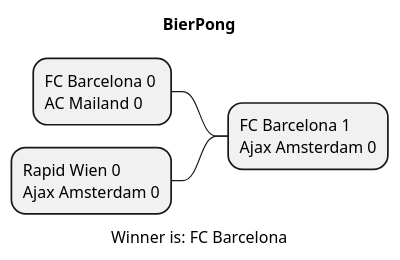
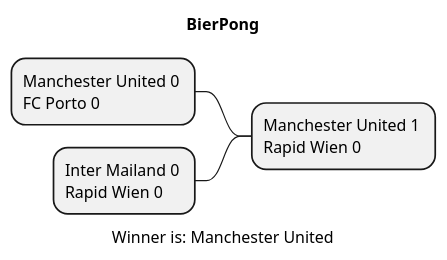
Before and after one commit to htl-leonding-project/2022-4ahif-autohaus: the diagram in asciidocs/plantuml/Result.puml, drawn with PlantUML. The commit also changed 3 other files, not shown here.

```diff
--- a/asciidocs/plantuml/Result.puml
+++ b/asciidocs/plantuml/Result.puml
@@ -1,10 +1,10 @@
 @startmindmap BierPong.png
 title BierPong
 
-- FC Barcelona 1 \nAjax Amsterdam 0
+- Manchester United 1 \nRapid Wien 0
 
--- FC Barcelona 0 \nAC Mailand 0
+-- Manchester United 0 \nFC Porto 0
 
--- Rapid Wien 0 \nAjax Amsterdam 0
-caption Winner is: FC Barcelona
+-- Inter Mailand 0 \nRapid Wien 0
+caption Winner is: Manchester United
 @endmindmap
```
